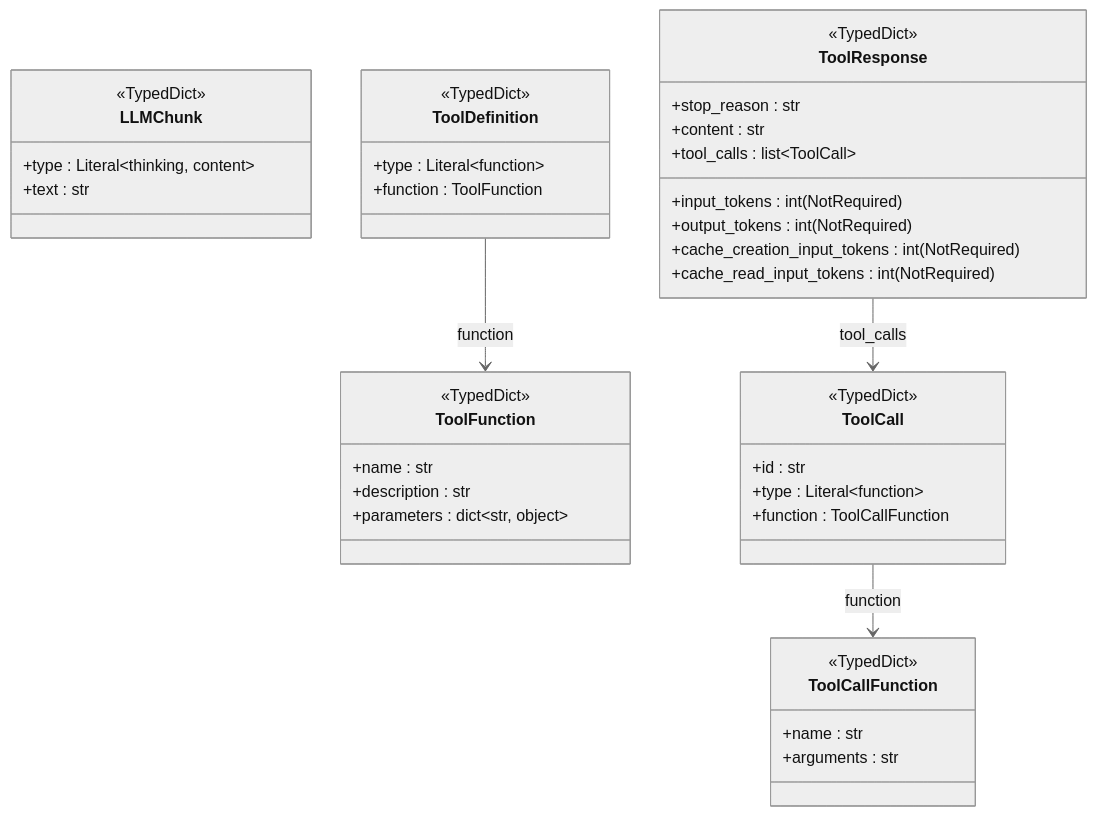
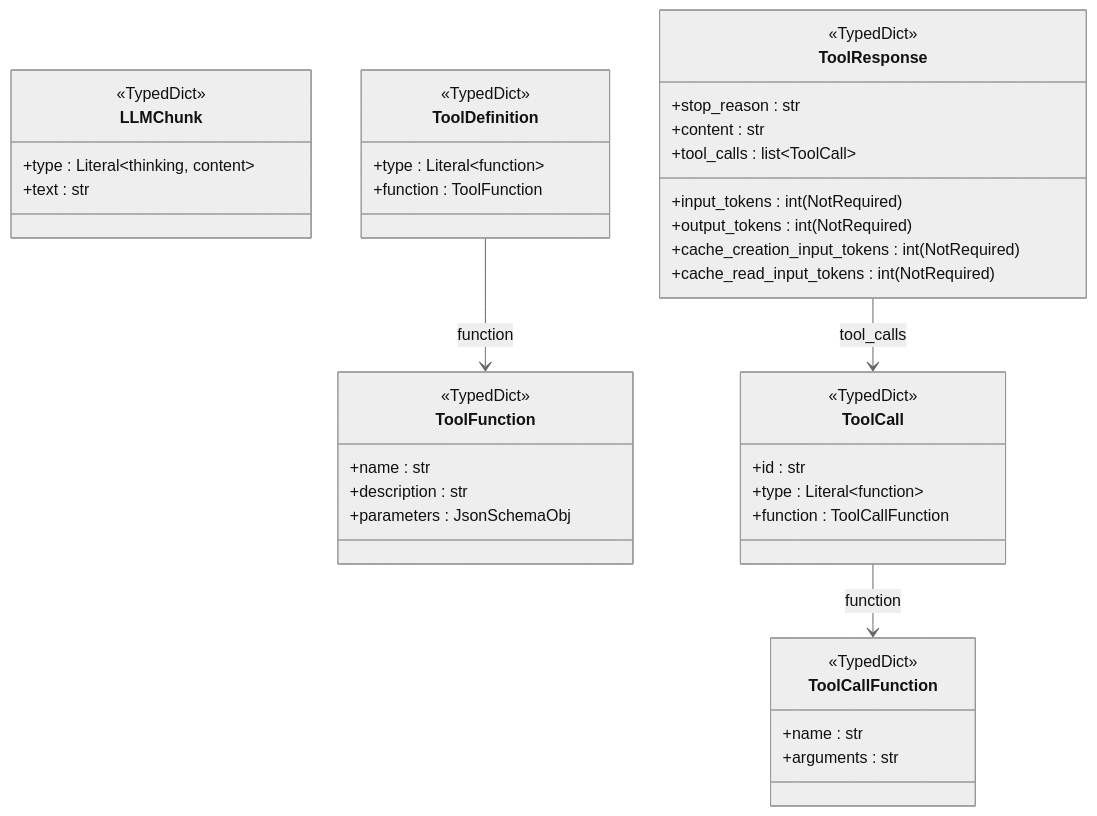
The fourth of 10 diagrams in docs/reference/type-contracts.md (cgcardona/agentception), drawn with Mermaid (neutral theme) before and after one commit. The commit also changed other lines of this file and 116 other files, not shown here.

````diff
--- a/docs/reference/type-contracts.md
+++ b/docs/reference/type-contracts.md
@@ -1869,44 +2031,44 @@
 ```mermaid
 classDiagram
     class LLMChunk {
         <<TypedDict>>
         +type : Literal~thinking, content~
         +text : str
     }
     class ToolFunction {
         <<TypedDict>>
         +name : str
         +description : str
-        +parameters : dict~str, object~
+        +parameters : JsonSchemaObj
     }
     class ToolDefinition {
         <<TypedDict>>
         +type : Literal~function~
         +function : ToolFunction
     }
     class ToolCallFunction {
         <<TypedDict>>
         +name : str
         +arguments : str
     }
     class ToolCall {
         <<TypedDict>>
         +id : str
         +type : Literal~function~
         +function : ToolCallFunction
     }
     class ToolResponse {
         <<TypedDict>>
         +stop_reason : str
         +content : str
         +tool_calls : list~ToolCall~
         +input_tokens : int (NotRequired)
         +output_tokens : int (NotRequired)
         +cache_creation_input_tokens : int (NotRequired)
         +cache_read_input_tokens : int (NotRequired)
     }
 
     ToolDefinition --> ToolFunction : function
     ToolCall --> ToolCallFunction : function
     ToolResponse --> ToolCall : tool_calls
 ```
````
